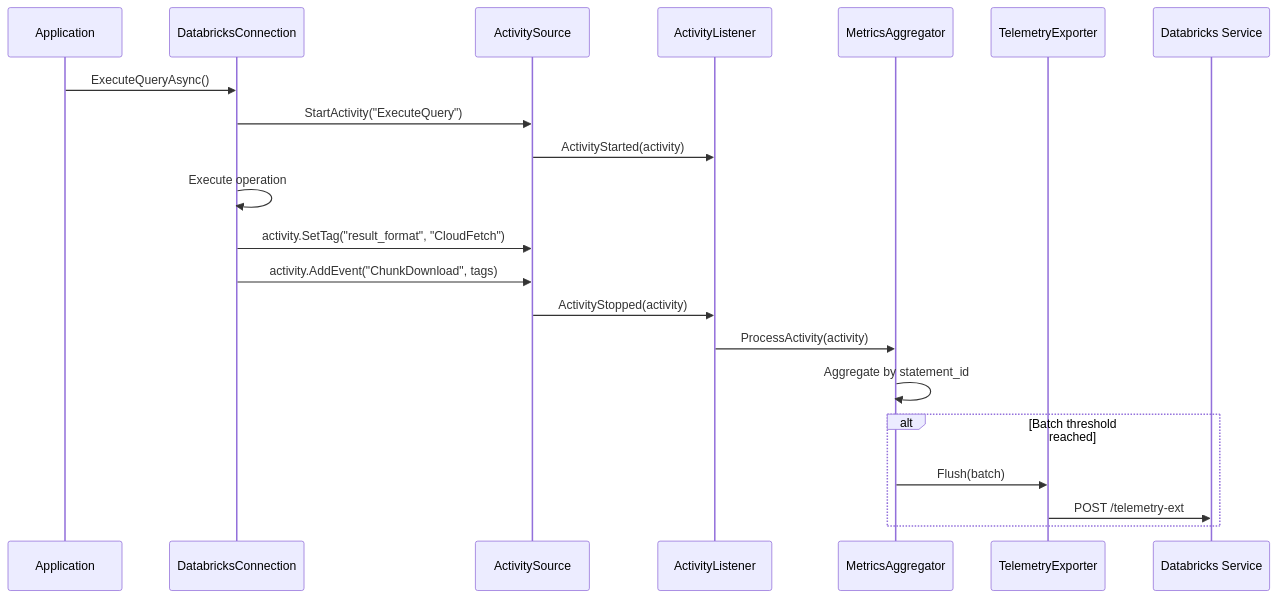
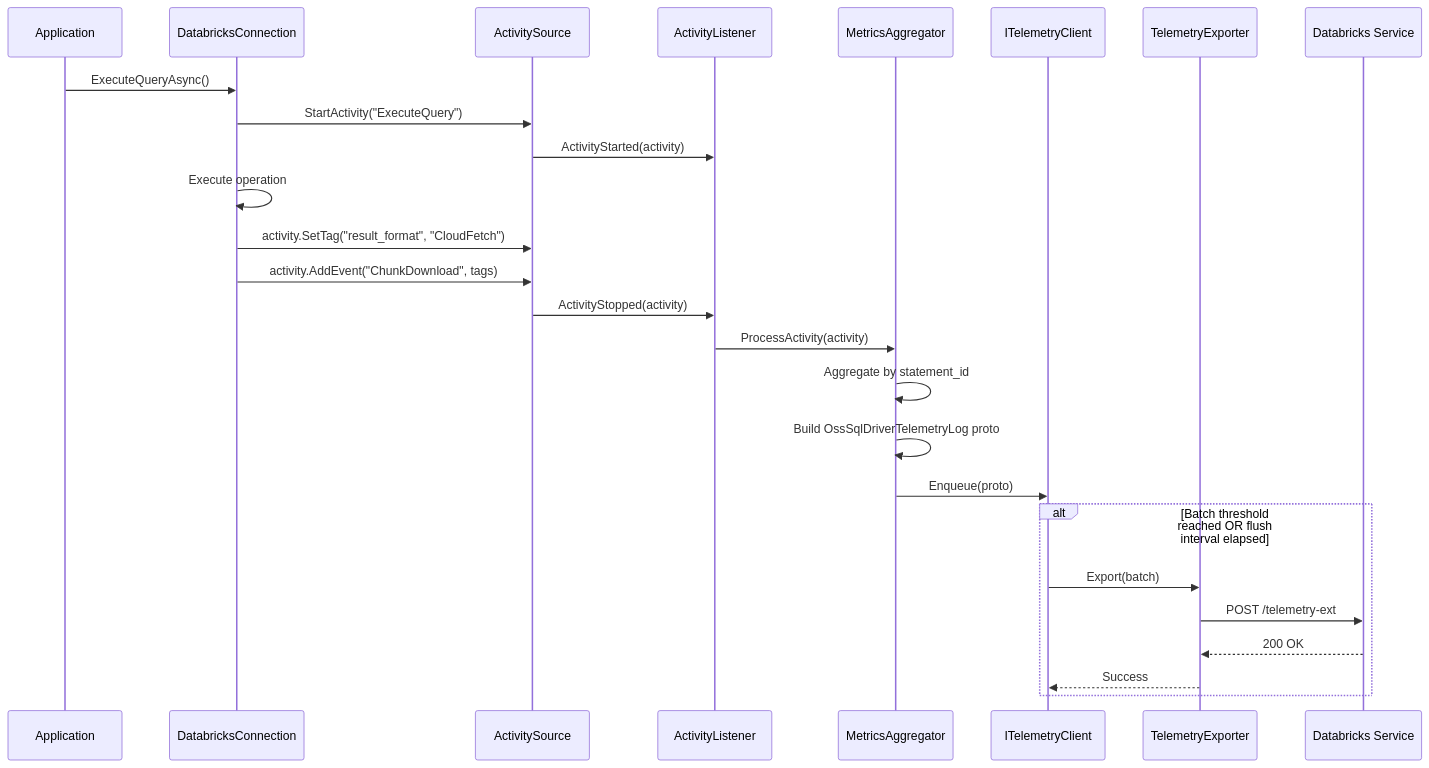
Before and after one commit to adbc-drivers/databricks: the second of 25 diagrams in csharp/doc/telemetry-design.md, drawn with Mermaid. The commit also changed other lines of this file and 1 other file, not shown here.

````diff
--- a/csharp/doc/telemetry-design.md
+++ b/csharp/doc/telemetry-design.md
@@ -145,27 +145,32 @@
 ```mermaid
 sequenceDiagram
     participant App as Application
     participant Driver as DatabricksConnection
     participant AS as ActivitySource
     participant AL as ActivityListener
     participant MA as MetricsAggregator
+    participant TC as ITelemetryClient
     participant Ex as TelemetryExporter
     participant Service as Databricks Service
 
     App->>Driver: ExecuteQueryAsync()
     Driver->>AS: StartActivity("ExecuteQuery")
     AS->>AL: ActivityStarted(activity)
 
     Driver->>Driver: Execute operation
     Driver->>AS: activity.SetTag("result_format", "CloudFetch")
     Driver->>AS: activity.AddEvent("ChunkDownload", tags)
 
     AS->>AL: ActivityStopped(activity)
     AL->>MA: ProcessActivity(activity)
     MA->>MA: Aggregate by statement_id
+    MA->>MA: Build OssSqlDriverTelemetryLog proto
+    MA->>TC: Enqueue(proto)
 
-    alt Batch threshold reached
-        MA->>Ex: Flush(batch)
+    alt Batch threshold reached OR flush interval elapsed
+        TC->>Ex: Export(batch)
         Ex->>Service: POST /telemetry-ext
+        Service-->>Ex: 200 OK
+        Ex-->>TC: Success
     end
 ```
````
